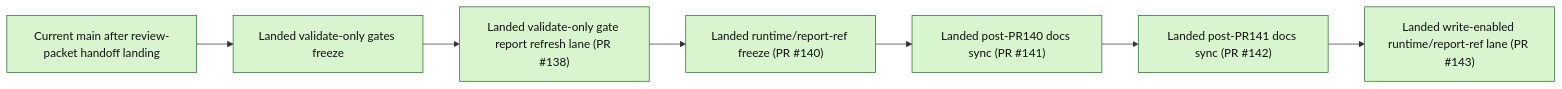
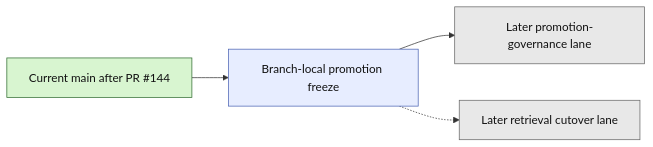
Before and after one commit to benjmcd/project6_REPO_MCP_FOLDER: the second of 2 diagrams in next_milestone_plans/layer3_progress_board.md, drawn with Mermaid. The commit also changed other lines of this file and 9 other files, not shown here.

Commit message:
docs(layer3): freeze promotion continuation

````diff
--- a/next_milestone_plans/layer3_progress_board.md
+++ b/next_milestone_plans/layer3_progress_board.md
@@ -197,14 +151,14 @@
 ```mermaid
 flowchart LR
-    A["Current main after review-packet handoff landing"] --> B["Landed validate-only gates freeze"]
-    B --> C["Landed validate-only gate report refresh lane (PR #138)"]
-    C --> D["Landed runtime/report-ref freeze (PR #140)"]
-    D --> E["Landed post-PR140 docs sync (PR #141)"]
-    E --> F["Landed post-PR141 docs sync (PR #142)"]
-    F --> G["Landed write-enabled runtime/report-ref lane (PR #143)"]
+    A["Current main after PR #144"] --> B["Branch-local promotion freeze"]
+    B --> C["Later promotion-governance lane"]
+    B -.-> D["Later retrieval cutover lane"]
 
-    classDef done fill:#d8f5d0,stroke:#2f6b2f,color:#111;
+    classDef merged fill:#d8f5d0,stroke:#2f6b2f,color:#111;
+    classDef branch fill:#e7edff,stroke:#4b63b3,color:#111;
     classDef future fill:#e8e8e8,stroke:#666,color:#111;
 
-    class A,B,C,D,E,F,G done;
+    class A merged;
+    class B branch;
+    class C,D future;
 ```
````
